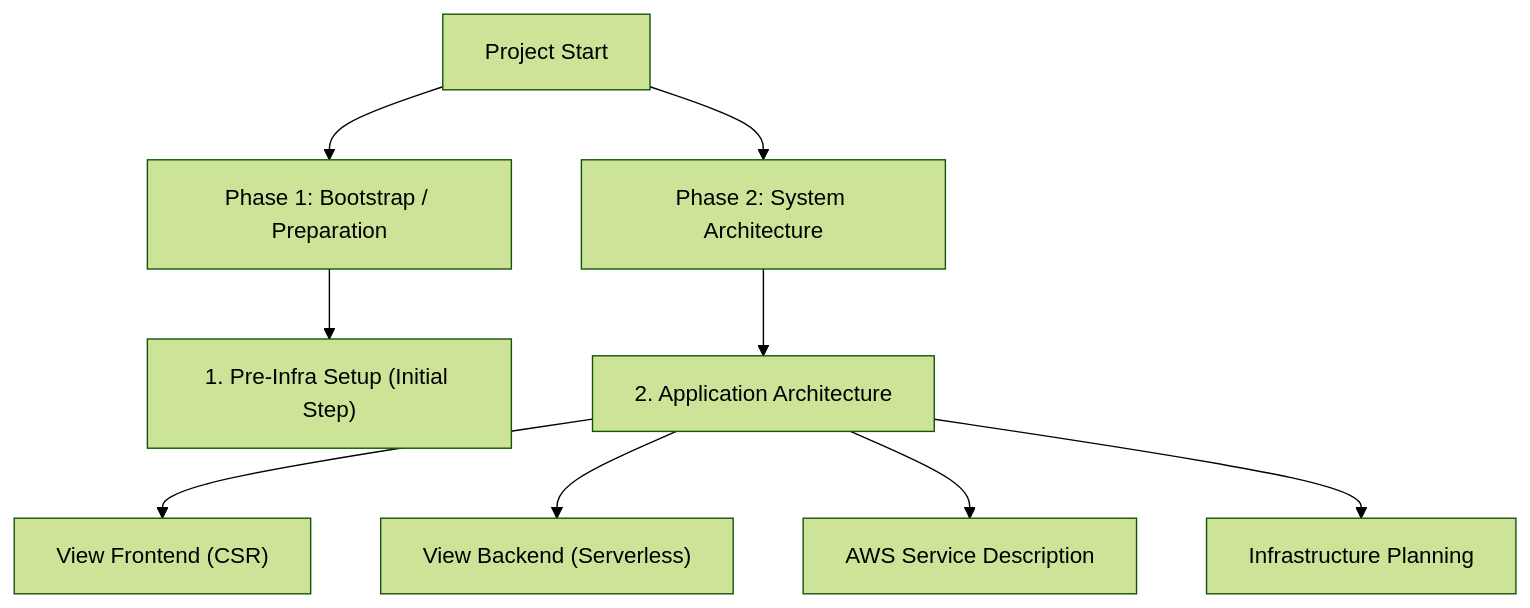
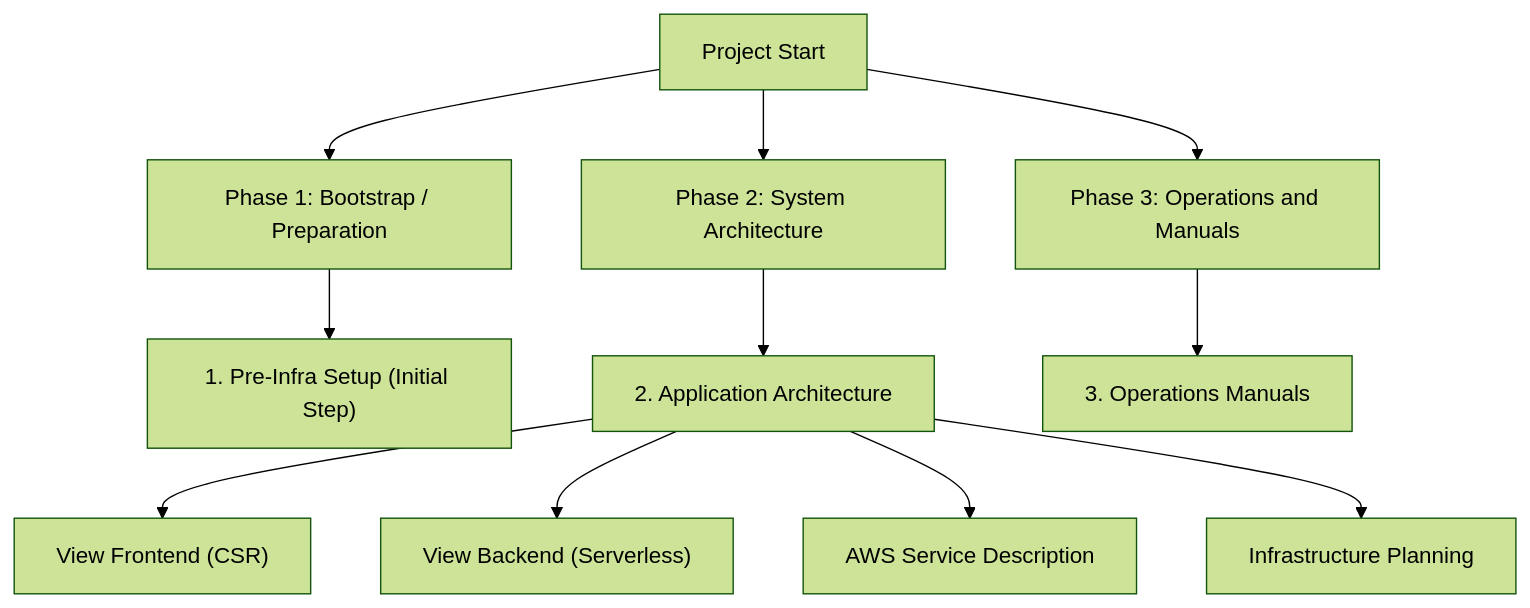
The diagram in docs/README.md (Beep1608/cleanmybelly), drawn with Mermaid (forest theme) before and after one commit. The commit also changed other lines of this file, not shown here.

````diff
--- a/docs/README.md
+++ b/docs/README.md
@@ -11,23 +11,27 @@
 ```mermaid
 graph TD
     Start[Project Start] --> Phase1[Phase 1: Bootstrap / Preparation]
     Start --> Phase2[Phase 2: System Architecture]
+    Start --> Phase3[Phase 3: Operations and Manuals]
 
     Phase1 --> Link1["1. Pre-Infra Setup (Initial Step)"]
     click Link1 "pre-infra/README.md" "Go to Pre-Infra Guide"
 
     Phase2 --> Link2["2. Application Architecture"]
     click Link2 "infra/README.md" "Go to Architecture Guide"
     
     Link2 --> Link2A["View Frontend (CSR)"]
     click Link2A "infra/frontend.md" "Go to Frontend"
     
     Link2 --> Link2B["View Backend (Serverless)"]
     click Link2B "infra/backend.md" "Go to Backend"
     
     Link2 --> Link2C["AWS Service Description"]
     click Link2C "infra/general.md" "Go to Service Guide"
 
     Link2 --> Link2D["Infrastructure Planning"]
     click Link2D "infra/planning.md" "Go to Planning Guide"
+
+    Phase3 --> Link3["3. Operations Manuals"]
+    click Link3 "manuals/README.md" "Go to Manuals"
 ```
````
